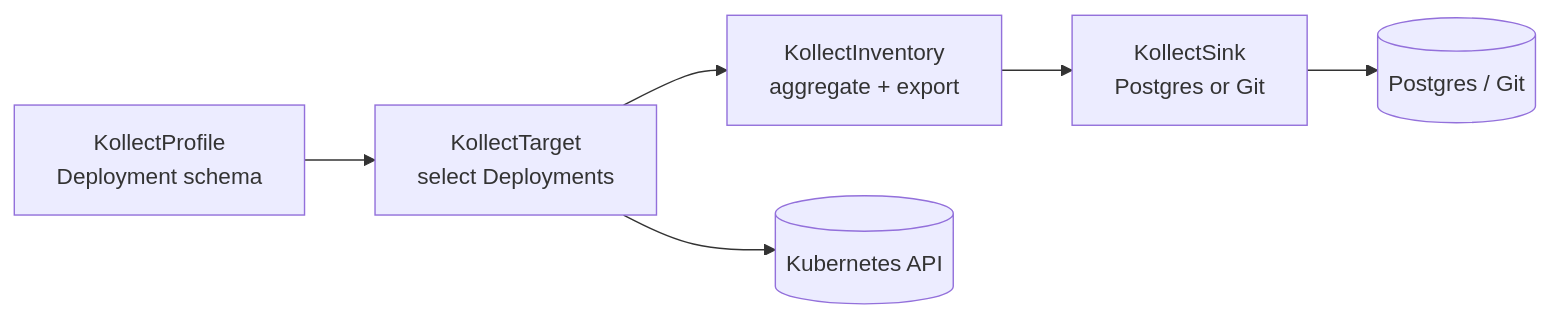
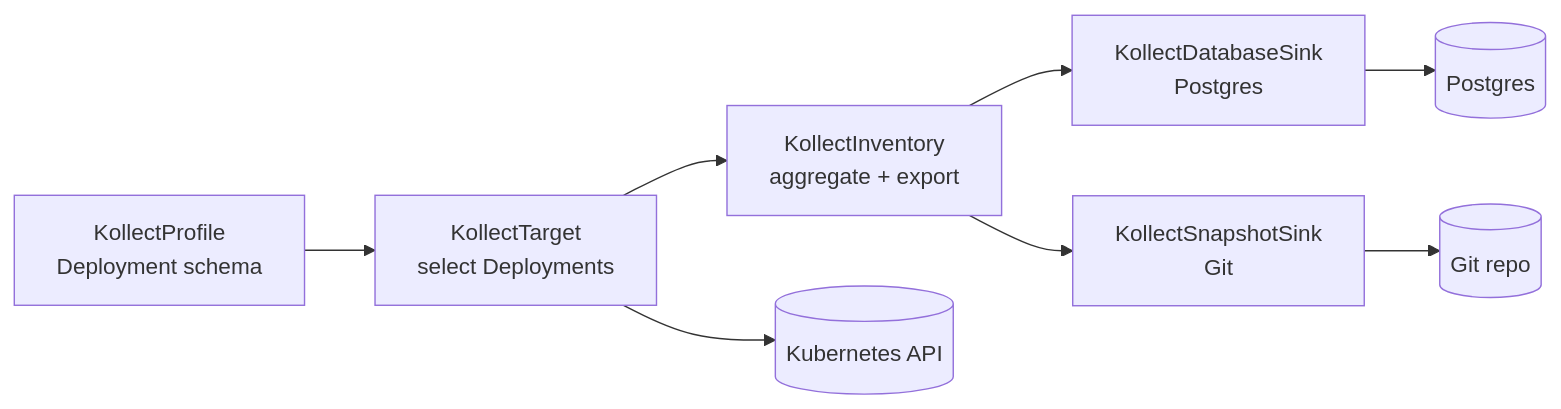
Before and after one commit to PlatformRelay/Kollect: the diagram in docs/examples/deployment-inventory.md, drawn with Mermaid. The commit also changed other lines of this file and 8 other files, not shown here.

````diff
--- a/docs/examples/deployment-inventory.md
+++ b/docs/examples/deployment-inventory.md
@@ -21,14 +22,17 @@
 ```mermaid
 flowchart LR
   Profile[KollectProfile<br/>Deployment schema]
   Target[KollectTarget<br/>select Deployments]
   Inv[KollectInventory<br/>aggregate + export]
-  Sink[KollectSink<br/>Postgres or Git]
+  Db[KollectDatabaseSink<br/>Postgres]
+  Snap[KollectSnapshotSink<br/>Git]
   K8s[(Kubernetes API)]
 
   Profile --> Target
   Target --> K8s
   Target --> Inv
-  Inv --> Sink
-  Sink --> Store[(Postgres / Git)]
+  Inv --> Db
+  Inv --> Snap
+  Db --> PG[(Postgres)]
+  Snap --> Git[(Git repo)]
 ```
````
